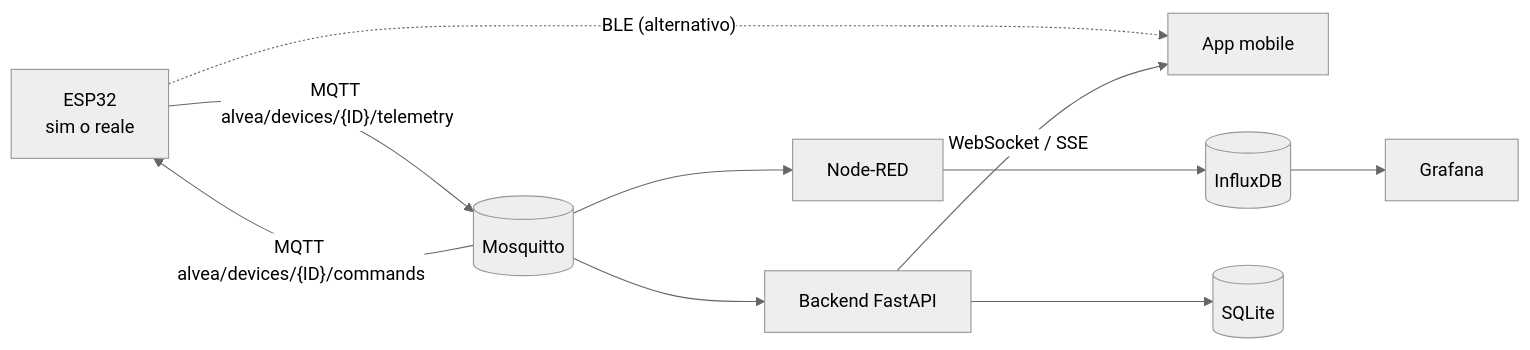
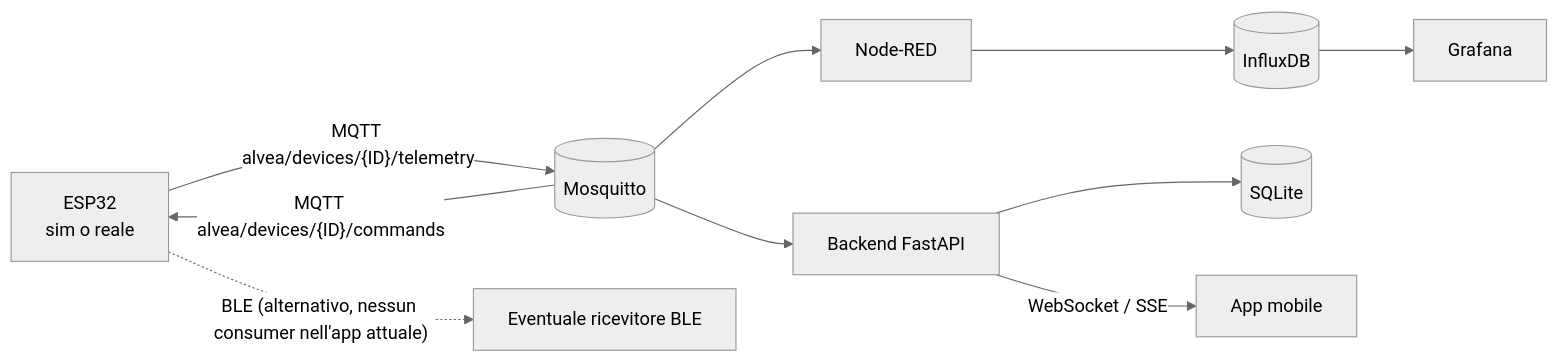
The diagram in README.md (acrisci05/Alvea), drawn with Mermaid (neutral theme) before and after one commit. The commit also changed other lines of this file and 1 other file, not shown here.

````diff
--- a/README.md
+++ b/README.md
@@ -18,9 +18,9 @@
 ```mermaid
 flowchart LR
     FW[ESP32<br/>sim o reale] -- "MQTT alvea/devices/{ID}/telemetry" --> MQ[(Mosquitto)]
     MQ -- "MQTT alvea/devices/{ID}/commands" --> FW
-    FW -. "BLE (alternativo)" .-> APP[App mobile]
+    FW -. "BLE (alternativo, nessun consumer nell'app attuale)" .-> BLE_RX[Eventuale ricevitore BLE]
     MQ --> NR[Node-RED] --> IDB[(InfluxDB)] --> GF[Grafana]
     MQ --> BE[Backend FastAPI] --> SQL[(SQLite)]
-    BE -- "WebSocket / SSE" --> APP
+    BE -- "WebSocket / SSE" --> APP[App mobile]
 ```
````
